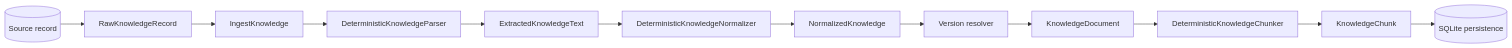
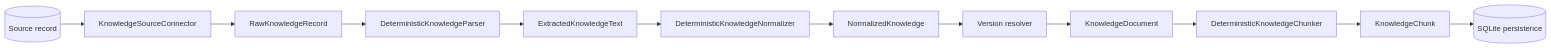
The diagram in docs/architecture/INGESTION_NORMALIZATION.md (kumarchandansingh/tropos), drawn with Mermaid before and after one commit. The commit also changed other lines of this file and 12 other files, not shown here.

First line of the commit message:
feat: add extensible source connector boundary (#14)

````diff
--- a/docs/architecture/INGESTION_NORMALIZATION.md
+++ b/docs/architecture/INGESTION_NORMALIZATION.md
@@ -7,15 +7,15 @@
 ```mermaid
 flowchart LR
     S[(Source record)]
+    --> X[KnowledgeSourceConnector]
     --> R[RawKnowledgeRecord]
-    --> O[IngestKnowledge]
     --> P[DeterministicKnowledgeParser]
     --> E[ExtractedKnowledgeText]
     --> N[DeterministicKnowledgeNormalizer]
     --> C[NormalizedKnowledge]
     --> V[Version resolver]
     --> D[KnowledgeDocument]
     --> H[DeterministicKnowledgeChunker]
     --> K[KnowledgeChunk]
     --> DB[(SQLite persistence)]
 ```
````
